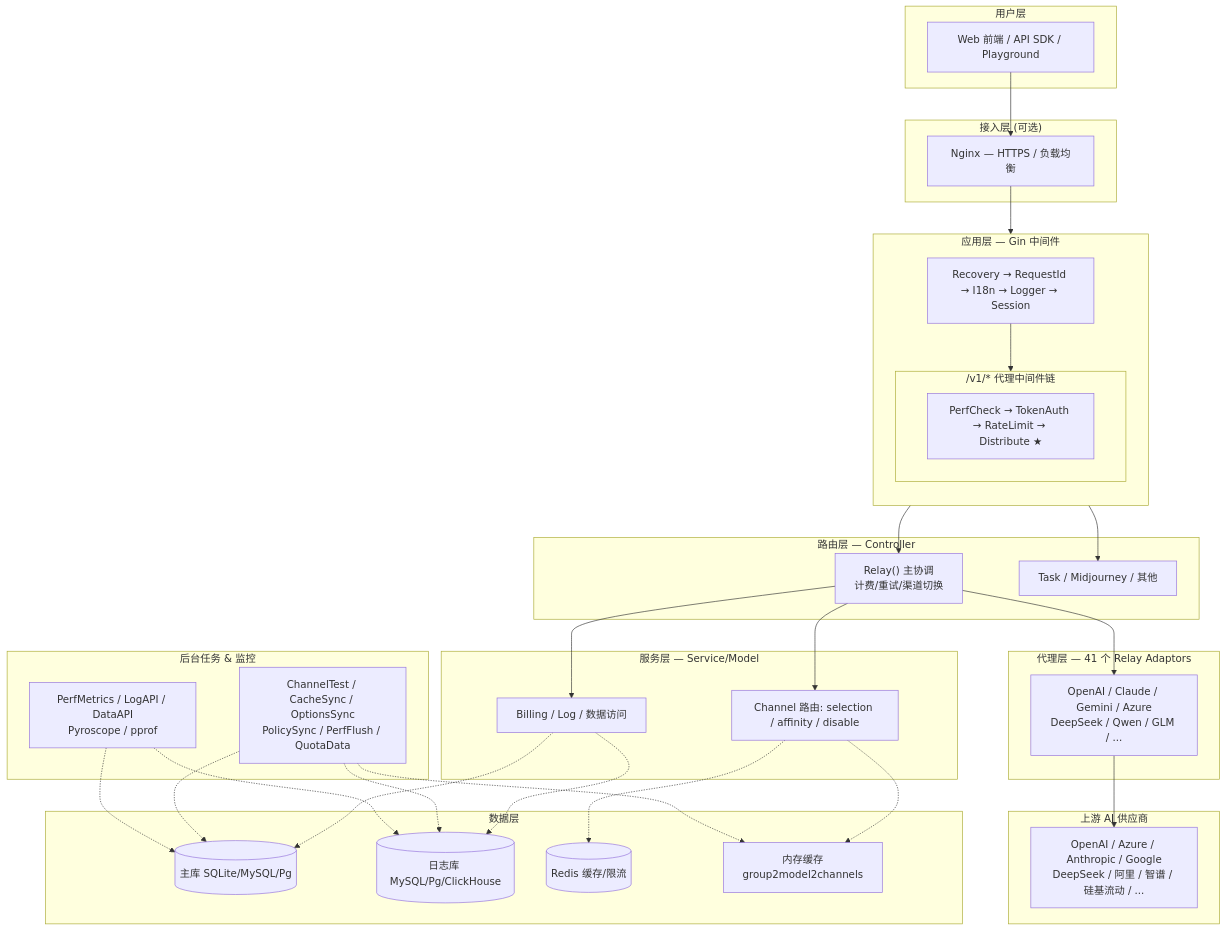
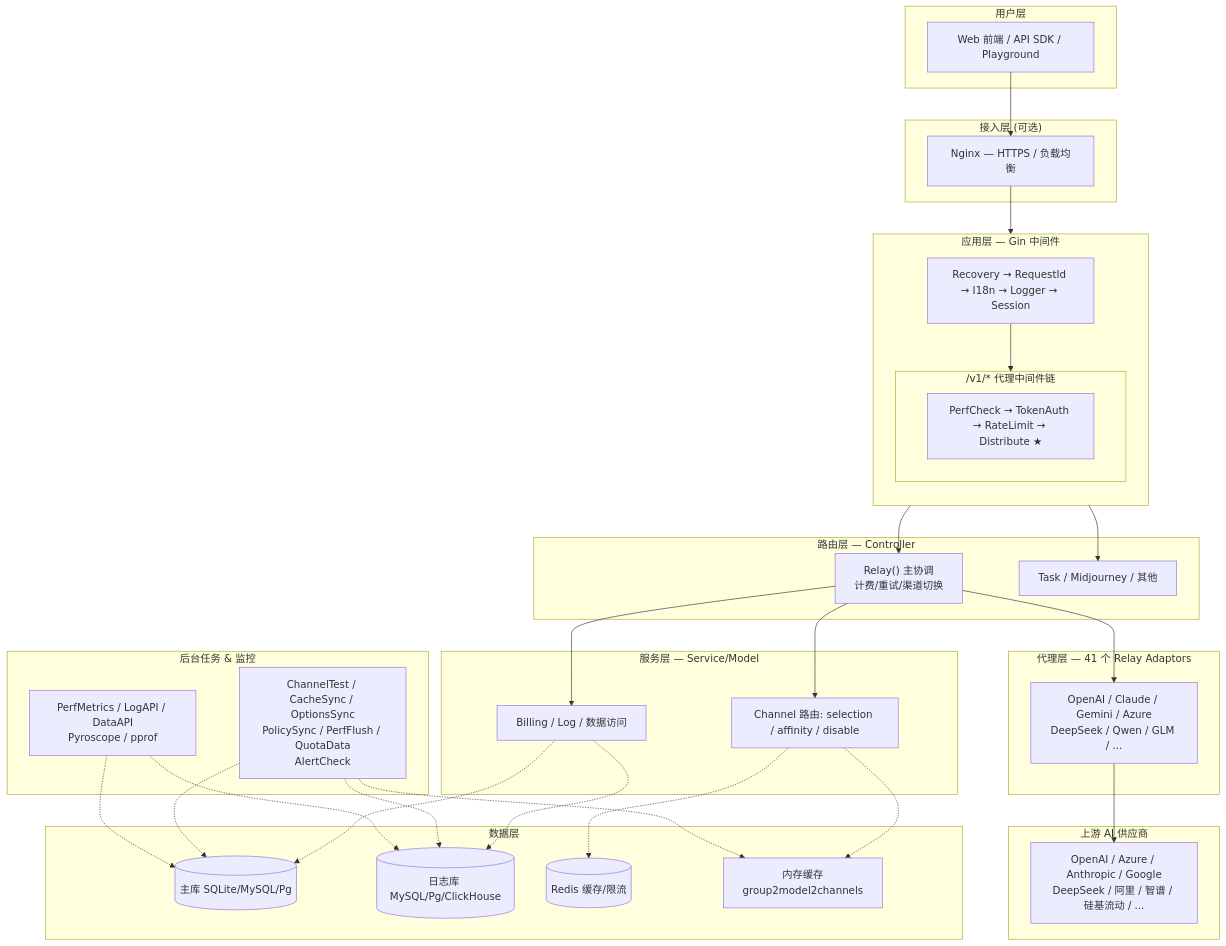
Before and after one commit to Betterlol/HotAI: the diagram in hotai-docs/Backend/research/design/07-architecture-diagram.md, drawn with Mermaid. The commit also changed 3 other files, not shown here.

````diff
--- a/hotai-docs/Backend/research/design/07-architecture-diagram.md
+++ b/hotai-docs/Backend/research/design/07-architecture-diagram.md
@@ -9,60 +9,60 @@
 ```mermaid
 graph TB
     subgraph 用户层["用户层"]
         Web["Web 前端 / API SDK / Playground"]
     end
 
     subgraph 接入层["接入层 (可选)"]
         Nginx["Nginx — HTTPS / 负载均衡"]
     end
 
     subgraph 应用层["应用层 — Gin 中间件"]
         direction TB
         MW_Global["Recovery → RequestId → I18n → Logger → Session"]
         subgraph Relay_MW["/v1/* 代理中间件链"]
             MW_Chain["PerfCheck → TokenAuth → RateLimit → Distribute ★"]
         end
     end
 
     subgraph 路由层["路由层 — Controller"]
         C_Relay["Relay() 主协调<br/>计费/重试/渠道切换"]
         C_Other["Task / Midjourney / 其他"]
     end
 
     subgraph 服务层["服务层 — Service/Model"]
         S_Route["Channel 路由: selection / affinity / disable"]
         S_Data["Billing / Log / 数据访问"]
     end
 
     subgraph 代理层["代理层 — 41 个 Relay Adaptors"]
         A_List["OpenAI / Claude / Gemini / Azure<br/>DeepSeek / Qwen / GLM / ..."]
     end
 
     subgraph 数据层["数据层"]
         DB[("主库 SQLite/MySQL/Pg")]
         LogDB[("日志库 MySQL/Pg/ClickHouse")]
         Redis[("Redis 缓存/限流")]
         MCache["内存缓存<br/>group2model2channels"]
     end
 
     subgraph 上游供应商["上游 AI 供应商"]
         Up_API["OpenAI / Azure / Anthropic / Google<br/>DeepSeek / 阿里 / 智谱 / 硅基流动 / ..."]
     end
 
     subgraph 后台与监控["后台任务 & 监控"]
-        BG["ChannelTest / CacheSync / OptionsSync<br/>PolicySync / PerfFlush / QuotaData"]
+        BG["ChannelTest / CacheSync / OptionsSync<br/>PolicySync / PerfFlush / QuotaData<br/>AlertCheck"]
         MGMT["PerfMetrics / LogAPI / DataAPI<br/>Pyroscope / pprof"]
     end
 
     Web --> Nginx --> MW_Global --> Relay_MW
     Relay_MW --> C_Relay
     Relay_MW --> C_Other
     C_Relay --> S_Route
     C_Relay --> S_Data
     C_Relay --> A_List
     A_List --> Up_API
     S_Route -.-> MCache & Redis
     S_Data -.-> DB & LogDB
     BG -.-> DB & LogDB & MCache
     MGMT -.-> DB & LogDB
 ```
````
